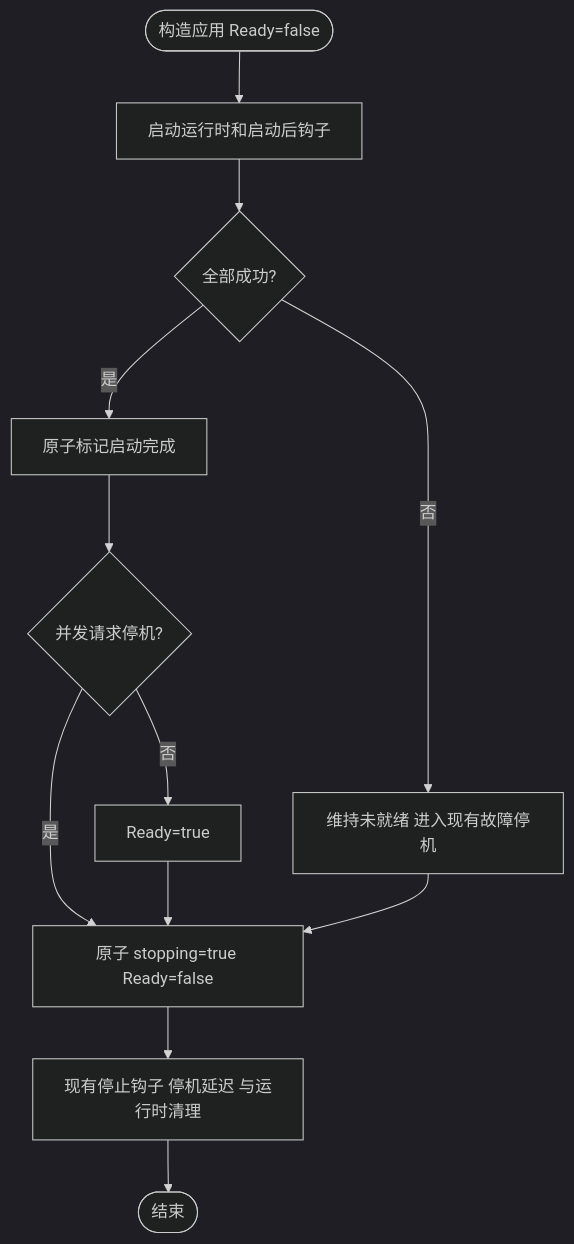
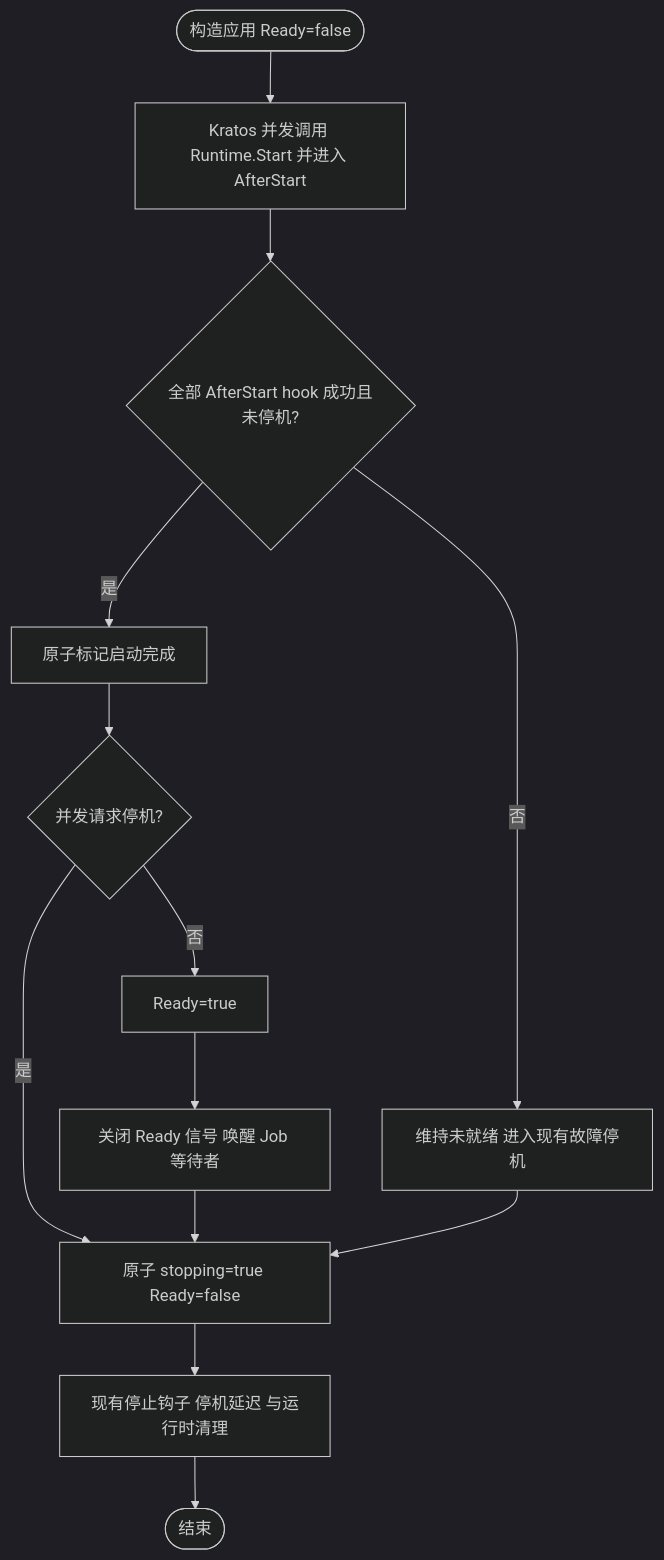
The eighth of 8 diagrams in pkg/app/README.md (jaggerzhuang1994/kratos-foundation), drawn with Mermaid (dark theme) before and after one commit. The commit also changed other lines of this file and 122 other files, not shown here.

````diff
--- a/pkg/app/README.md
+++ b/pkg/app/README.md
@@ -190,14 +192,15 @@
 ```mermaid
 flowchart TD
-    A([构造应用 Ready=false]) --> B[启动运行时和启动后钩子]
-    B --> C{全部成功?}
+    A([构造应用 Ready=false]) --> B[Kratos 并发调用 Runtime.Start 并进入 AfterStart]
+    B --> C{全部 AfterStart hook 成功且未停机?}
     C -- 否 --> D[维持未就绪 进入现有故障停机]
     C -- 是 --> E[原子标记启动完成]
     E --> F{并发请求停机?}
     F -- 否 --> G[Ready=true]
+    G --> K[关闭 Ready 信号 唤醒 Job 等待者]
     F -- 是 --> H[原子 stopping=true Ready=false]
-    G --> H
+    K --> H
     D --> H
     H --> I[现有停止钩子 停机延迟 与运行时清理]
     I --> J([结束])
 ```
````
